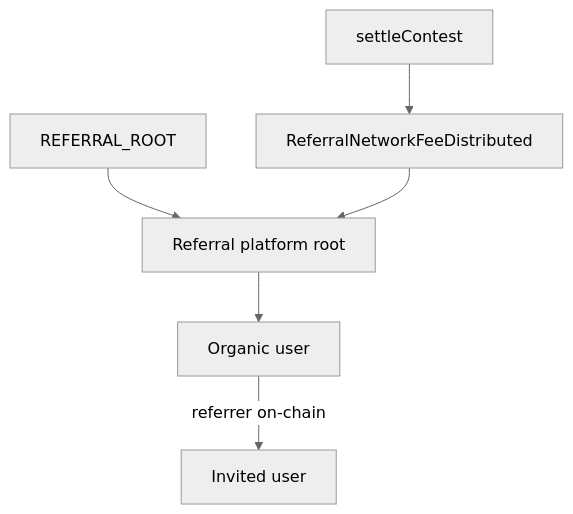
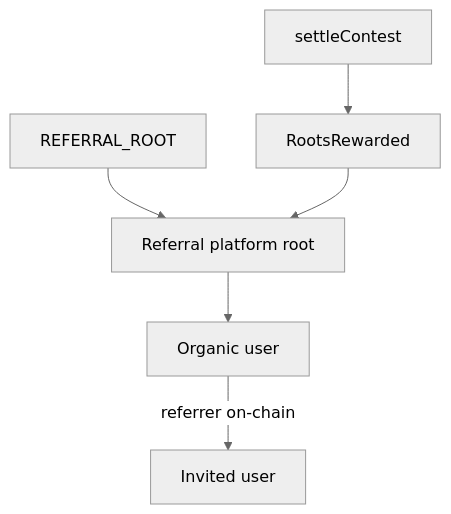
The diagram in docs/platform/referral-network.md (MagRelo/cut), drawn with Mermaid (neutral theme) before and after one commit. The commit also changed other lines of this file and 17 other files, not shown here.

First line of the commit message:
feat: integrate RewardCalculator into ReferralGraph for enhanced fee distribution

````diff
--- a/docs/platform/referral-network.md
+++ b/docs/platform/referral-network.md
@@ -35,15 +36,15 @@
 ```mermaid
 flowchart TB
   ROOT[REFERRAL_ROOT]
   PlatformRoot[Referral platform root]
   Organic[Organic user]
   Invited[Invited user]
   Settle[settleContest]
-  Fee[ReferralNetworkFeeDistributed]
+  Fee[RootsRewarded]
 
   ROOT --> PlatformRoot
   PlatformRoot --> Organic
   Organic -->|"referrer on-chain"| Invited
   Settle --> Fee
   Fee --> PlatformRoot
 ```
````
